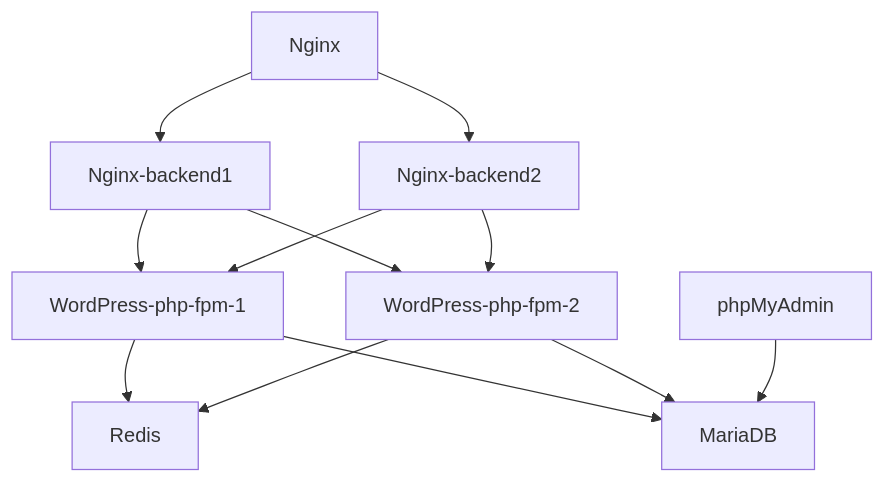
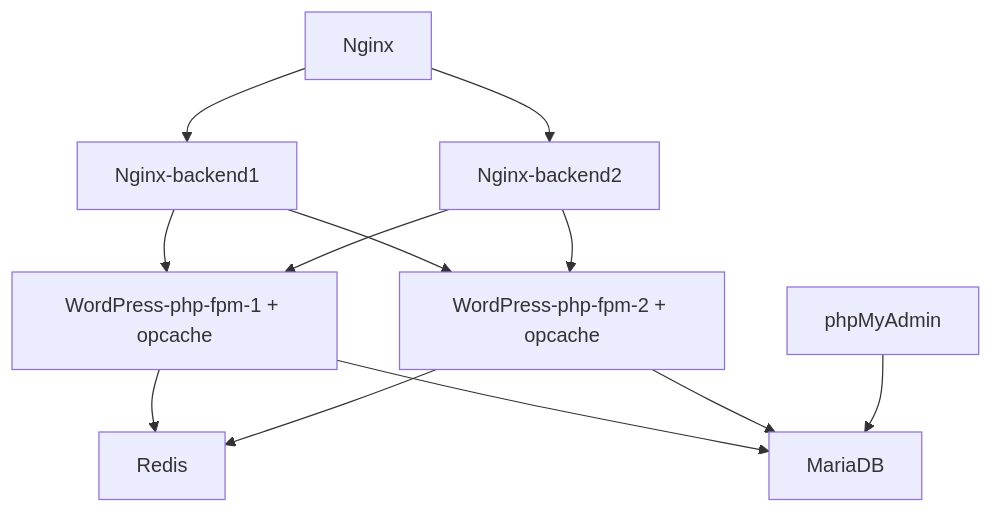
The diagram in README.md (bestdzen/docker-compose-example), drawn with Mermaid before and after one commit.

````diff
--- a/README.md
+++ b/README.md
@@ -23,16 +23,14 @@
 ```mermaid
 graph TD;
     Nginx-->Nginx-backend1;
     Nginx-->Nginx-backend2;
-    Nginx-backend1-->WordPress-php-fpm-1;
+    Nginx-backend1-->WordPress-php-fpm-1[WordPress-php-fpm-1 + opcache];
     Nginx-backend2-->WordPress-php-fpm-1;
-    Nginx-backend1-->WordPress-php-fpm-2;
+    Nginx-backend1-->WordPress-php-fpm-2[WordPress-php-fpm-2 + opcache];;
     Nginx-backend2-->WordPress-php-fpm-2;
-    WordPress-php-fpm-1-->Redis;
-    WordPress-php-fpm-1;
-    MariaDB;   
+    WordPress-php-fpm-1-->Redis;    
     WordPress-php-fpm-1-->MariaDB;
     WordPress-php-fpm-2-->Redis;    
     WordPress-php-fpm-2-->MariaDB;
     phpMyAdmin-->MariaDB;
 ```
````
